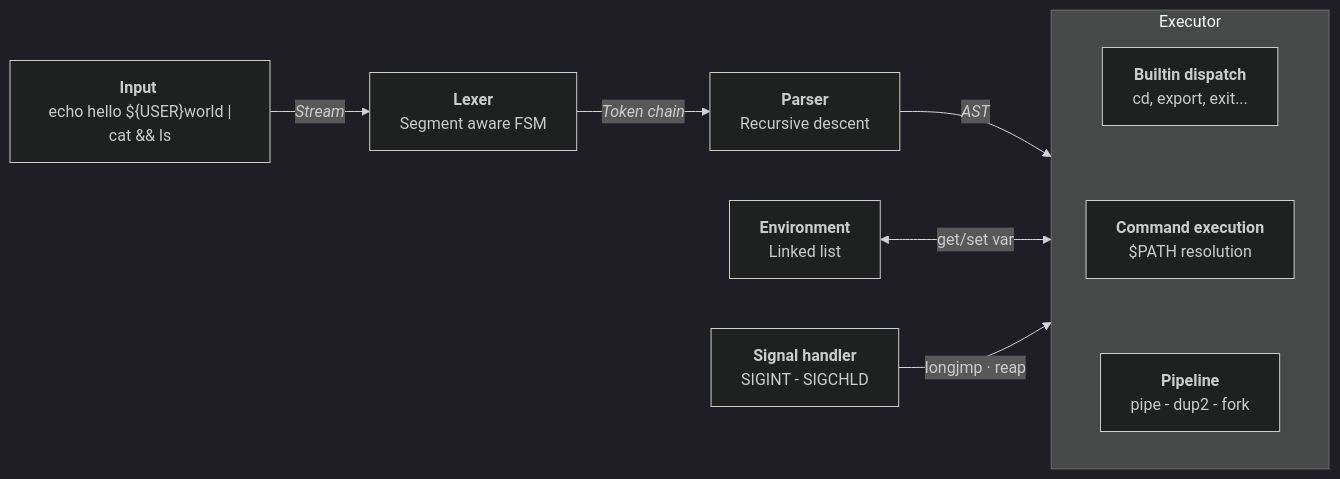
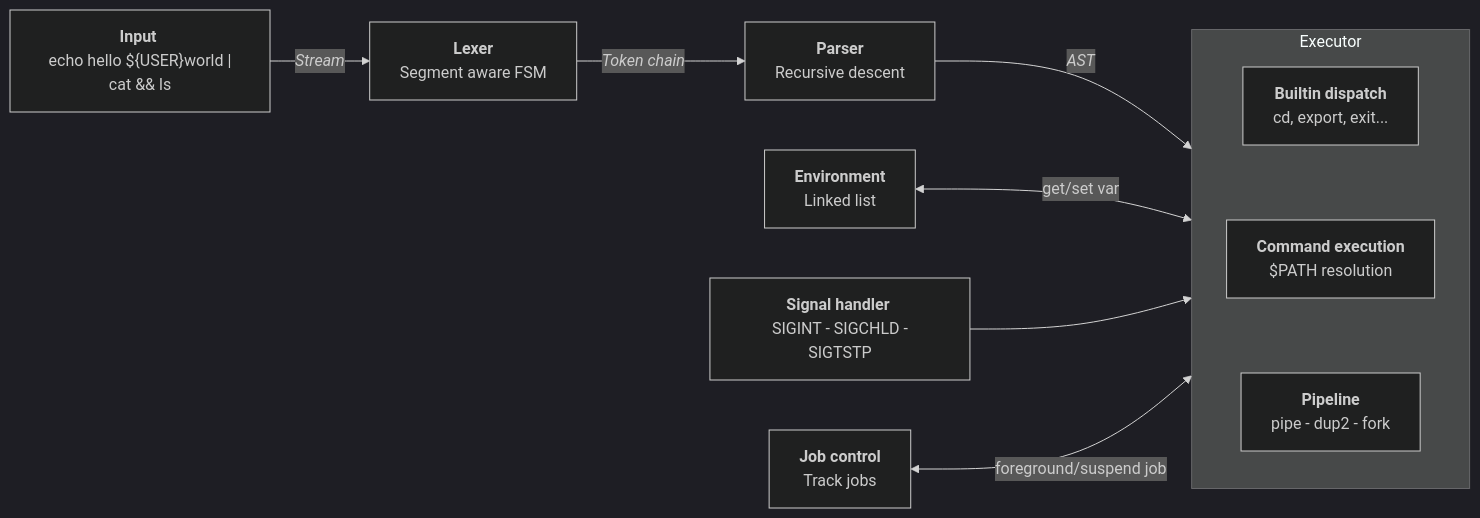
One commit to louis-leblondolive/olive-sh changed the first of 2 diagrams in README.md. Above: the diagram before and after it, drawn with Mermaid (dark theme). The commit also changed other lines of this file, not shown here.

````diff
--- a/README.md
+++ b/README.md
@@ -224,17 +226,18 @@
 ```mermaid
 %%{init: {"flowchart": {"htmlLabels": true}} }%%
 flowchart LR
     A["`**Input** <br> echo hello ${USER}world | cat && ls`"] -->|"`*Stream*`"| B
     B["`**Lexer** <br> Segment aware FSM`"] -->|"`*Token chain*`"| C
     C["`**Parser** <br> Recursive descent`"] -->|"`*AST*`"| exec
 
     subgraph exec ["Executor"]
         D["`**Builtin dispatch** <br> cd, export, exit...`"]
         X["`**Command execution** <br> $PATH resolution`"]
         P["`**Pipeline** <br> pipe - dup2 - fork`"]
         D ~~~ X ~~~ P
     end
 
     E["`**Environment** <br> Linked list`"] <-->|"get/set var"| exec
-    S["`**Signal handler** <br> SIGINT - SIGCHLD`"] -->|"longjmp · reap"| exec
+    S["`**Signal handler** <br> SIGINT - SIGCHLD - SIGTSTP`"] --> exec
+    J["`**Job control** <br> Track jobs`"] <-->|"foreground/suspend job"| exec
 ```
````
